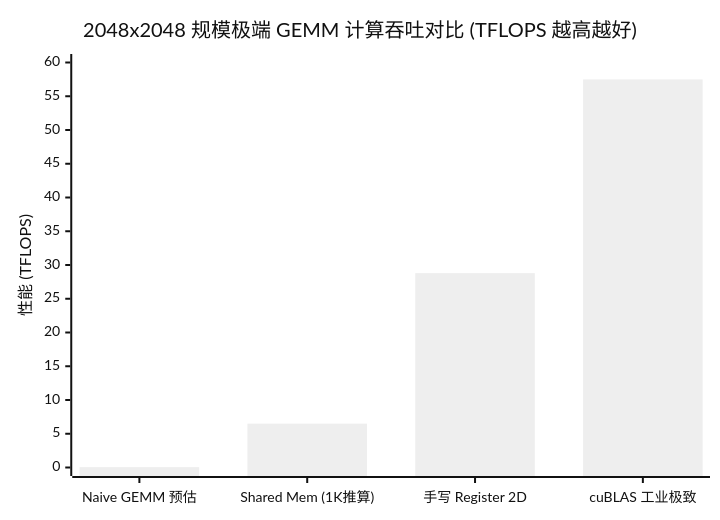
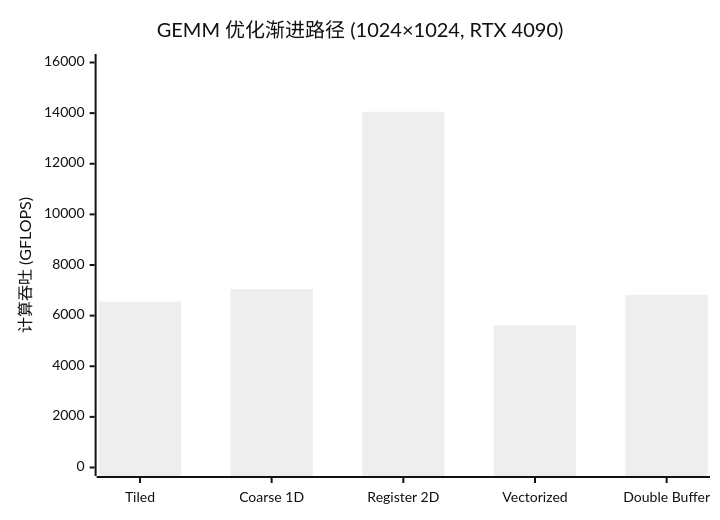
Before and after one commit to psmarter/CUDA-Practice: the second of 2 diagrams in Blogs/04_GEMM_Optimization_Register_Tiling.md, drawn with Mermaid (neutral theme). The commit also changed other lines of this file and 21 other files, not shown here.

````diff
--- a/Blogs/04_GEMM_Optimization_Register_Tiling.md
+++ b/Blogs/04_GEMM_Optimization_Register_Tiling.md
@@ -118,7 +143,7 @@
 ```mermaid
 xychart-beta
-  title "2048x2048 规模极端 GEMM 计算吞吐对比 (TFLOPS 越高越好)"
-  x-axis ["Naive GEMM 预估", "Shared Mem (1K推算)", "手写 Register 2D", "cuBLAS 工业极致"]
-  y-axis "性能 (TFLOPS)" 0 --> 60
-  bar [0.05, 6.50, 28.79, 57.49]
+  title "GEMM 优化渐进路径 (1024×1024, RTX 4090)"
+  x-axis ["Tiled", "Coarse 1D", "Register 2D", "Vectorized", "Double Buffer"]
+  y-axis "计算吞吐 (GFLOPS)" 0 --> 16000
+  bar [6553, 7046, 14055, 5622, 6820]
 ```
````
